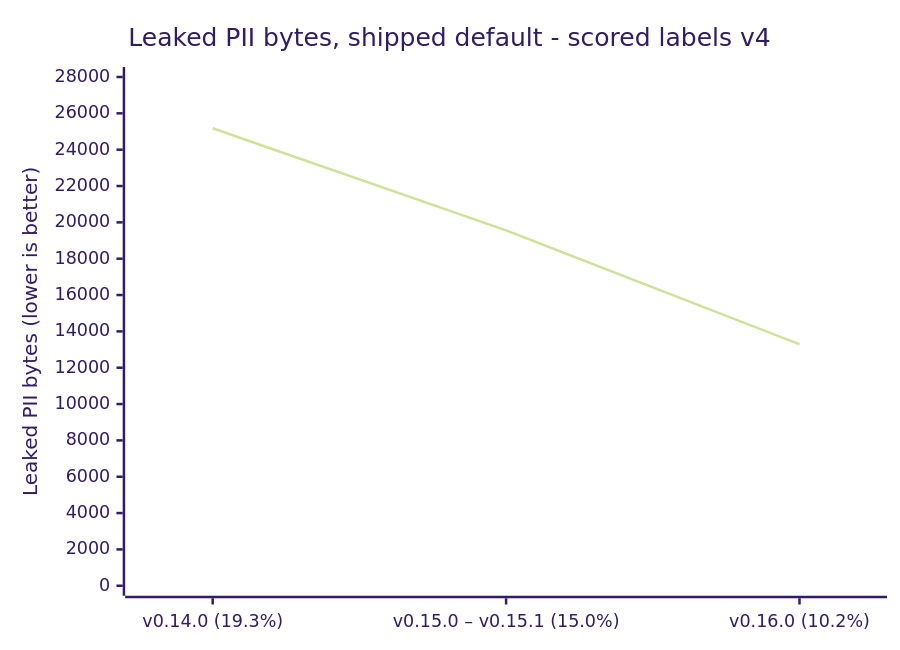
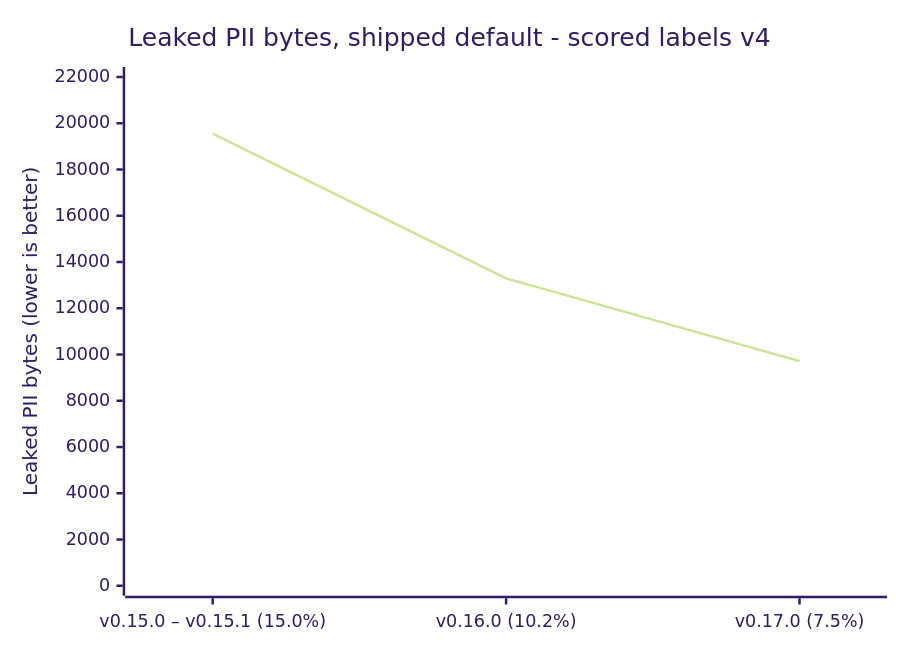
One commit to CertaMesh/gaze changed the second of 12 diagrams in docs/reference/benchmarks/README.md. Above: the diagram before and after it, drawn with Mermaid (forest theme). The commit also changed other lines of this file and 26 other files, not shown here.

````diff
--- a/docs/reference/benchmarks/README.md
+++ b/docs/reference/benchmarks/README.md
@@ -507,7 +594,7 @@
 ```mermaid
 xychart-beta
     title "Leaked PII bytes, shipped default - scored labels v4"
-    x-axis ["v0.14.0 (19.3%)", "v0.15.0 – v0.15.1 (15.0%)", "v0.16.0 (10.2%)"]
-    y-axis "Leaked PII bytes (lower is better)" 0 --> 28000
-    line [25179, 19556, 13291]
+    x-axis ["v0.15.0 – v0.15.1 (15.0%)", "v0.16.0 (10.2%)", "v0.17.0 (7.5%)"]
+    y-axis "Leaked PII bytes (lower is better)" 0 --> 22000
+    line [19556, 13291, 9717]
 ```
````
